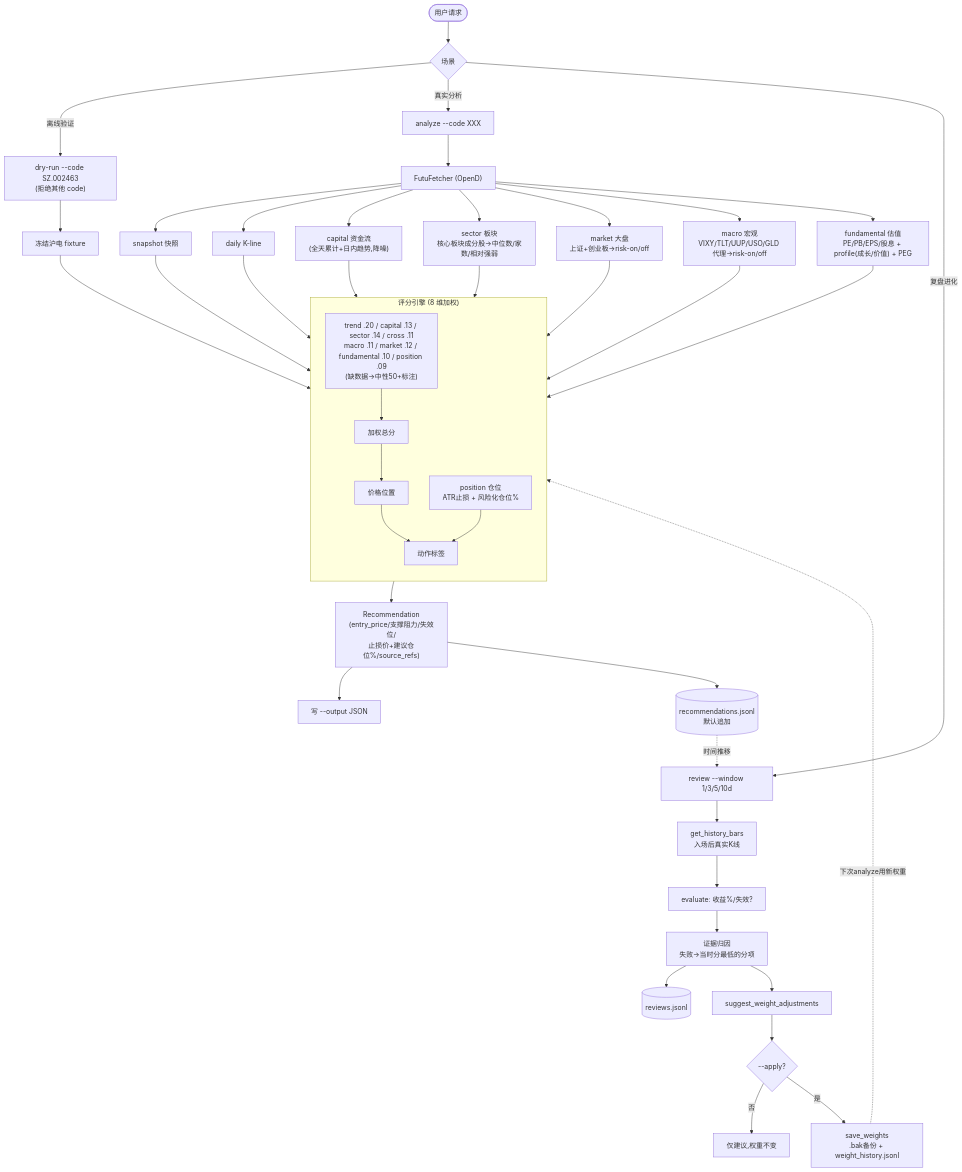
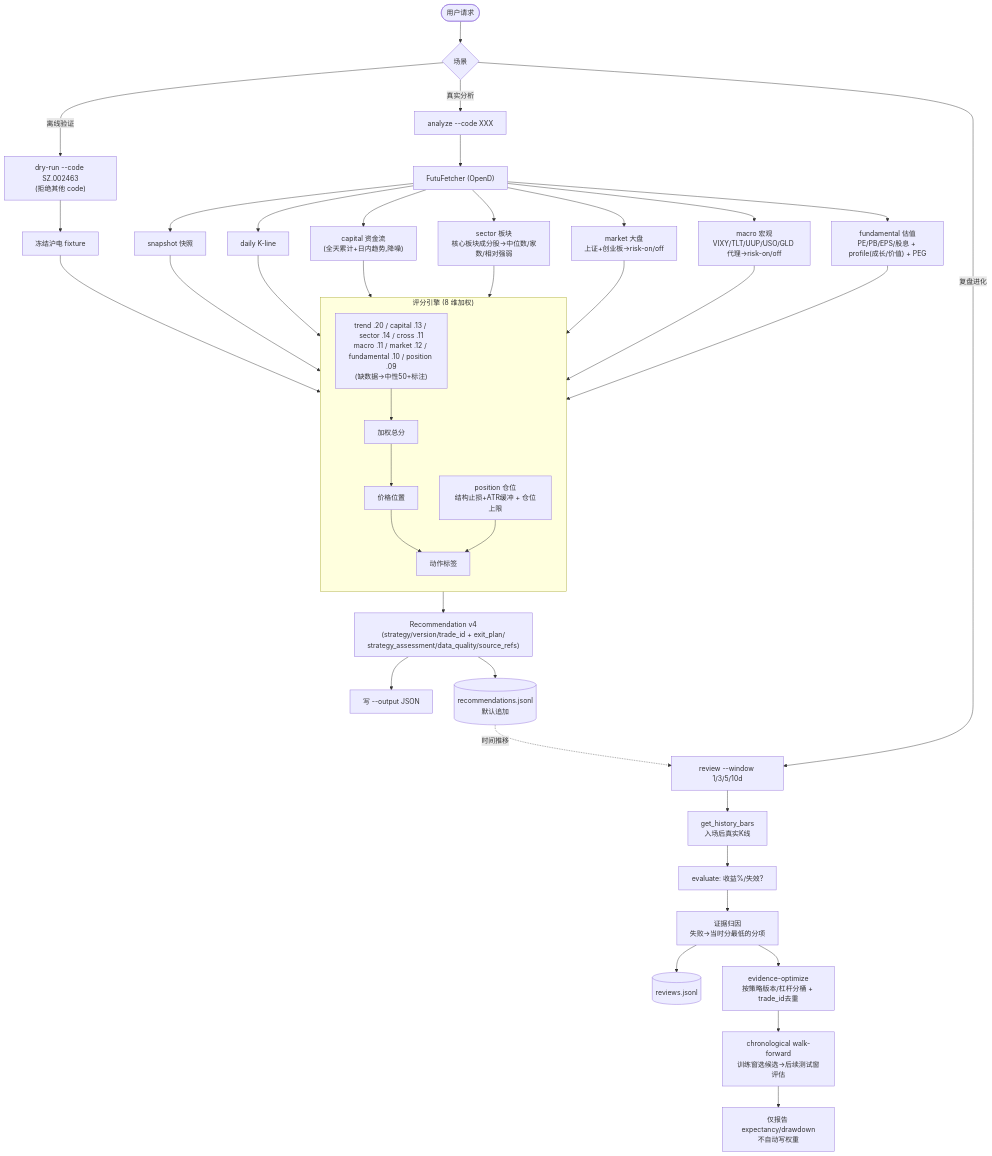
Before and after one commit to henrymiao/stocks: the diagram in docs/self-evolving-stock-skills-usage.md, drawn with Mermaid. The commit also changed other lines of this file and 42 other files, not shown here.

````diff
--- a/docs/self-evolving-stock-skills-usage.md
+++ b/docs/self-evolving-stock-skills-usage.md
@@ -152,41 +204,39 @@
 ```mermaid
 flowchart TD
     Start([用户请求]) --> Mode{场景}
     Mode -->|离线验证| DryRun["dry-run --code SZ.002463<br/>(拒绝其他 code)"]
     Mode -->|真实分析| Analyze["analyze --code XXX"]
     Mode -->|复盘进化| Review["review --window 1/3/5/10d"]
 
     DryRun --> Fixture[冻结沪电 fixture] --> Engine
 
     Analyze --> Fetch["FutuFetcher (OpenD)"]
     Fetch --> Snap[snapshot 快照]
     Fetch --> Kline[daily K-line]
     Fetch --> Cap["capital 资金流<br/>(全天累计+日内趋势,降噪)"]
     Fetch --> Sec["sector 板块<br/>核心板块成分股→中位数/家数/相对强弱"]
     Fetch --> Mkt["market 大盘<br/>上证+创业板→risk-on/off"]
     Fetch --> Mac["macro 宏观<br/>VIXY/TLT/UUP/USO/GLD 代理→risk-on/off"]
     Fetch --> Fund["fundamental 估值<br/>PE/PB/EPS/股息 + profile(成长/价值) + PEG"]
     Snap & Kline & Cap & Sec & Mkt & Mac & Fund --> Engine
 
     subgraph Engine["评分引擎 (8 维加权)"]
         direction TB
         comp["trend .20 / capital .13 / sector .14 / cross .11<br/>macro .11 / market .12 / fundamental .10 / position .09<br/>(缺数据→中性50+标注)"]
         comp --> Total[加权总分] --> Loc[价格位置] --> Label[动作标签]
-        Pos["position 仓位<br/>ATR止损 + 风险化仓位%"] --> Label
+        Pos["position 仓位<br/>结构止损+ATR缓冲 + 仓位上限"] --> Label
     end
 
-    Engine --> Rec["Recommendation<br/>(entry_price/支撑阻力/失效位/<br/>止损价+建议仓位%/source_refs)"]
+    Engine --> Rec["Recommendation v4<br/>(strategy/version/trade_id + exit_plan/<br/>strategy_assessment/data_quality/source_refs)"]
     Rec --> Out[写 --output JSON]
     Rec --> Jrnl[("recommendations.jsonl<br/>默认追加")]
 
     Jrnl -.时间推移.-> Review
     Review --> Hist["get_history_bars<br/>入场后真实K线"]
     Hist --> Eval["evaluate: 收益%/失效?"]
     Eval --> Attr["证据归因<br/>失败→当时分最低的分项"]
     Attr --> WR[("reviews.jsonl")]
-    Attr --> Sug[suggest_weight_adjustments]
-    Sug --> Apply{--apply?}
-    Apply -->|否| SugOnly[仅建议,权重不变]
-    Apply -->|是| Save["save_weights<br/>.bak备份 + weight_history.jsonl"]
-    Save -.下次analyze用新权重.-> Engine
+    Attr --> Evidence["evidence-optimize<br/>按策略版本/杠杆分桶 + trade_id去重"]
+    Evidence --> WF["chronological walk-forward<br/>训练窗选候选→后续测试窗评估"]
+    WF --> Advisory["仅报告 expectancy/drawdown<br/>不自动写权重"]
 ```
````
